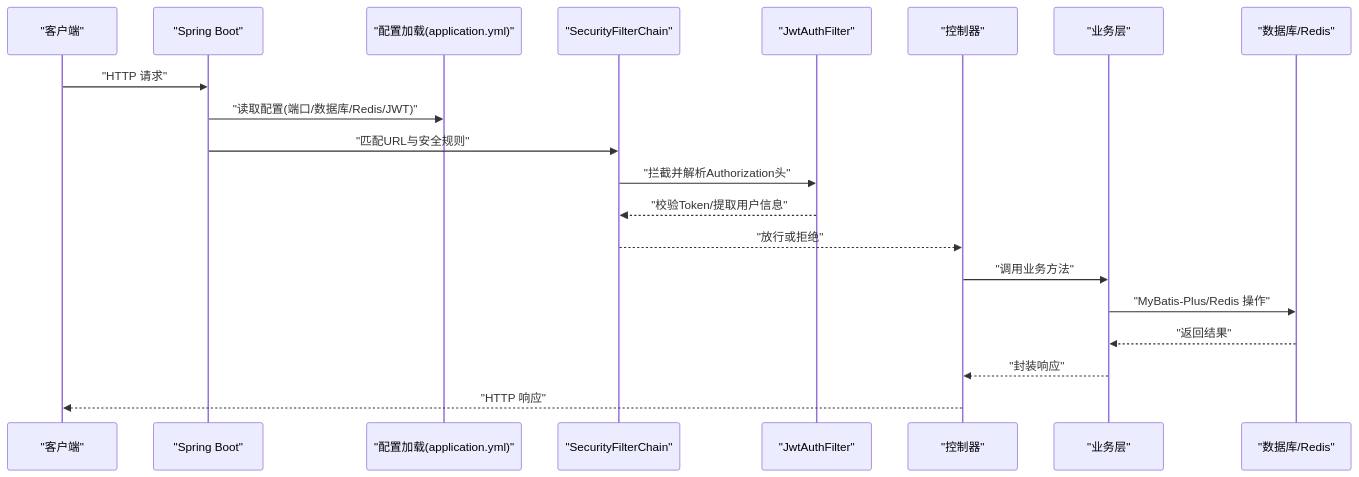
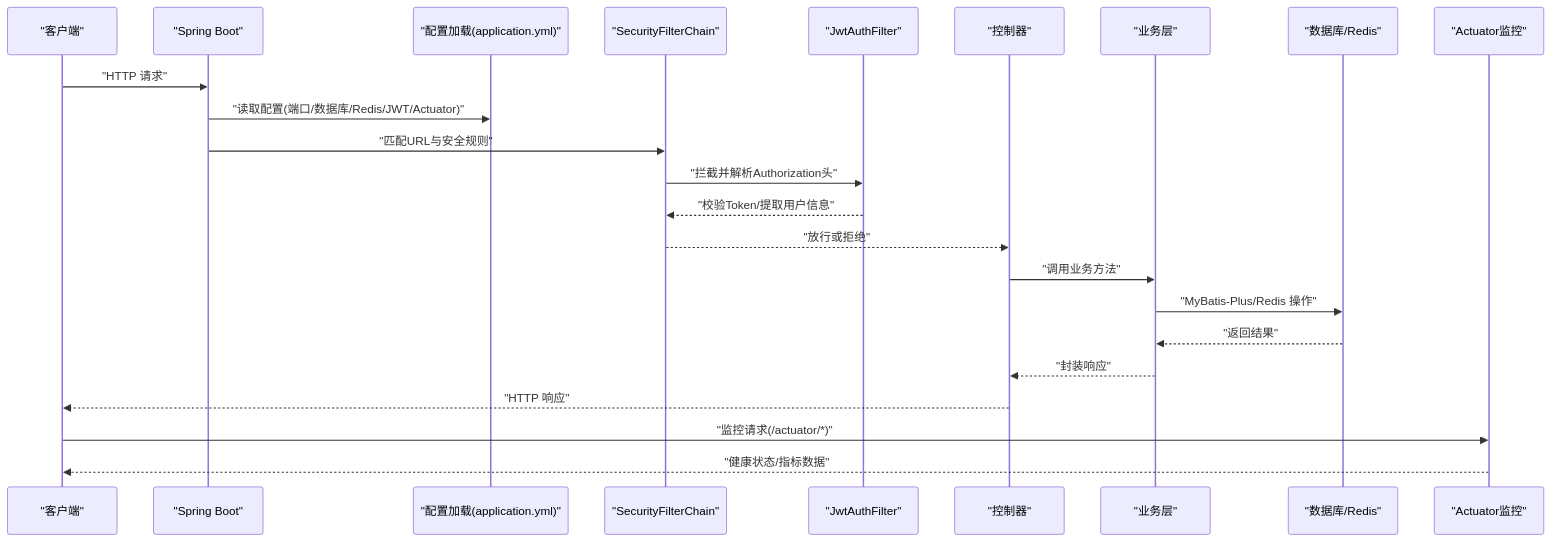
Before and after one commit to PersonNoName/FreeTrader: the second of 7 diagrams in .qoder/repowiki/zh/content/后端系统/应用启动与配置.md, drawn with Mermaid. The commit also changed other lines of this file and 10 other files, not shown here.

````diff
--- a/.qoder/repowiki/zh/content/后端系统/应用启动与配置.md
+++ b/.qoder/repowiki/zh/content/后端系统/应用启动与配置.md
@@ -107,22 +140,25 @@
 ```mermaid
 sequenceDiagram
 participant Client as "客户端"
 participant SB as "Spring Boot"
 participant CFG as "配置加载(application.yml)"
 participant SEC as "SecurityFilterChain"
 participant JWT as "JwtAuthFilter"
 participant CTRL as "控制器"
 participant SVC as "业务层"
 participant DB as "数据库/Redis"
+participant ACT as "Actuator监控"
 Client->>SB : "HTTP 请求"
-SB->>CFG : "读取配置(端口/数据库/Redis/JWT)"
+SB->>CFG : "读取配置(端口/数据库/Redis/JWT/Actuator)"
 SB->>SEC : "匹配URL与安全规则"
 SEC->>JWT : "拦截并解析Authorization头"
 JWT-->>SEC : "校验Token/提取用户信息"
 SEC-->>CTRL : "放行或拒绝"
 CTRL->>SVC : "调用业务方法"
 SVC->>DB : "MyBatis-Plus/Redis 操作"
 DB-->>SVC : "返回结果"
 SVC-->>CTRL : "封装响应"
 CTRL-->>Client : "HTTP 响应"
+Client->>ACT : "监控请求(/actuator/*)"
+ACT-->>Client : "健康状态/指标数据"
 ```
````
